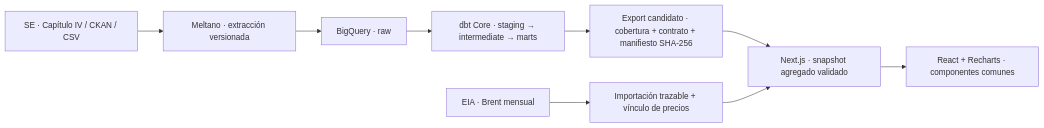
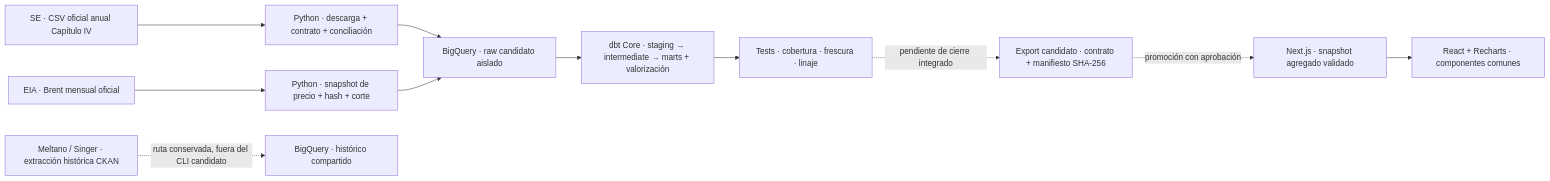
The diagram in README.md (nrohland/vaca-muerta-en-datos), drawn with Mermaid before and after one commit. The commit also changed other lines of this file and 47 other files, not shown here.

Commit message:
Build isolated CSV and price orchestration with real dbt validation

````diff
--- a/README.md
+++ b/README.md
@@ -38,11 +38,13 @@
 ```mermaid
 flowchart LR
-  SE["SE · Capítulo IV / CKAN / CSV"] --> EL["Meltano · extracción versionada"]
-  EL --> RAW["BigQuery · raw"]
-  RAW --> DBT["dbt Core · staging → intermediate → marts"]
-  DBT --> REL["Export candidato · cobertura + contrato + manifiesto SHA-256"]
-  EIA["EIA · Brent mensual"] --> PRICE["Importación trazable + vínculo de precios"]
-  REL --> WEB["Next.js · snapshot agregado validado"]
-  PRICE --> WEB
+  SE["SE · CSV oficial anual Capítulo IV"] --> EX["Python · descarga + contrato + conciliación"]
+  EIA["EIA · Brent mensual oficial"] --> PX["Python · snapshot de precio + hash + corte"]
+  EX --> RAW["BigQuery · raw candidato aislado"]
+  PX --> RAW
+  RAW --> DBT["dbt Core · staging → intermediate → marts + valorización"]
+  DBT --> CHECK["Tests · cobertura · frescura · linaje"]
+  CHECK -. "pendiente de cierre integrado" .-> REL["Export candidato · contrato + manifiesto SHA-256"]
+  REL -. "promoción con aprobación" .-> WEB["Next.js · snapshot agregado validado"]
   WEB --> UI["React + Recharts · componentes comunes"]
+  LEGACY["Meltano / Singer · extracción histórica CKAN"] -. "ruta conservada, fuera del CLI candidato" .-> RAWOLD["BigQuery · histórico compartido"]
 ```
````
